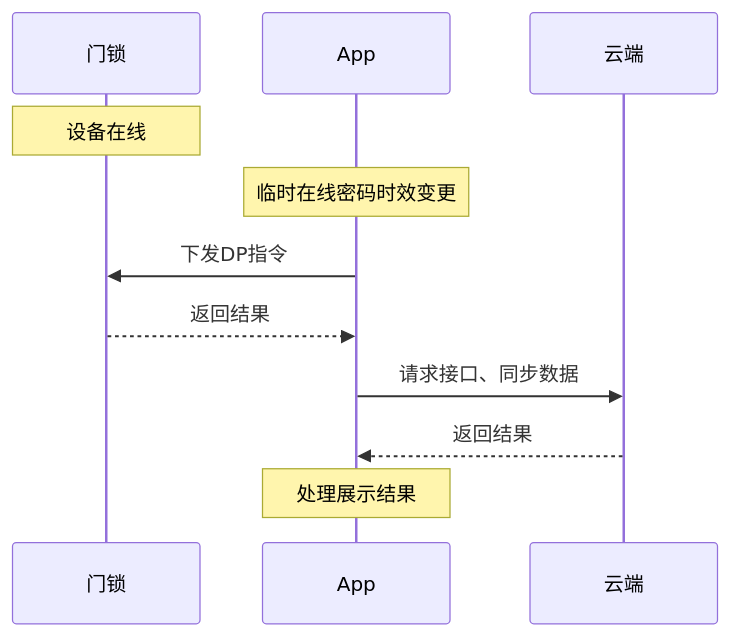
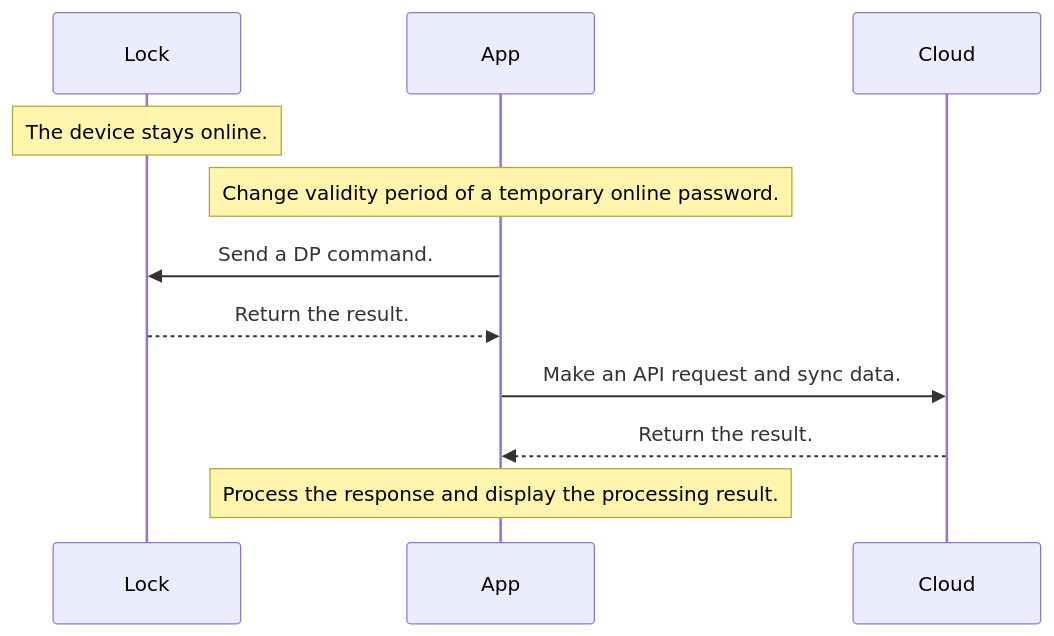
Before and after one commit to tuya/tuya-lock-android-demo: the tenth of 11 diagrams in lock/README.md, drawn with Mermaid. The commit also changed other lines of this file and 1 other file, not shown here.

````diff
--- a/lock/README.md
+++ b/lock/README.md
@@ -1618,13 +1615,13 @@
 ```mermaid
 sequenceDiagram
-participant D as 门锁
+participant D as Lock
 participant A as App
-participant C as 云端
-Note over D: 设备在线
-Note over A: 临时在线密码时效变更
-A->>D: 下发DP指令
-D-->>A:返回结果
-A->>C: 请求接口、同步数据
-C-->>A: 返回结果
-Note over A: 处理展示结果
+participant C as Cloud
+Note over D: The device stays online.
+Note over A: Change validity period of a temporary online password.
+A->>D: Send a DP command.
+D-->>A: Return the result.
+A->>C: Make an API request and sync data.
+C-->>A: Return the result.
+Note over A: Process the response and display the processing result.
 ```
````
